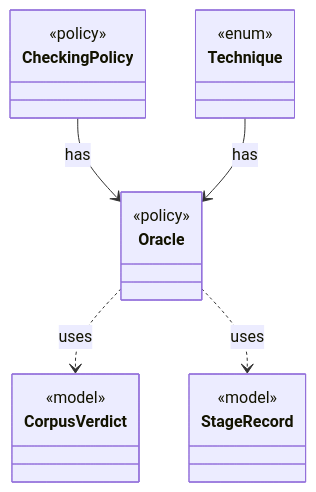
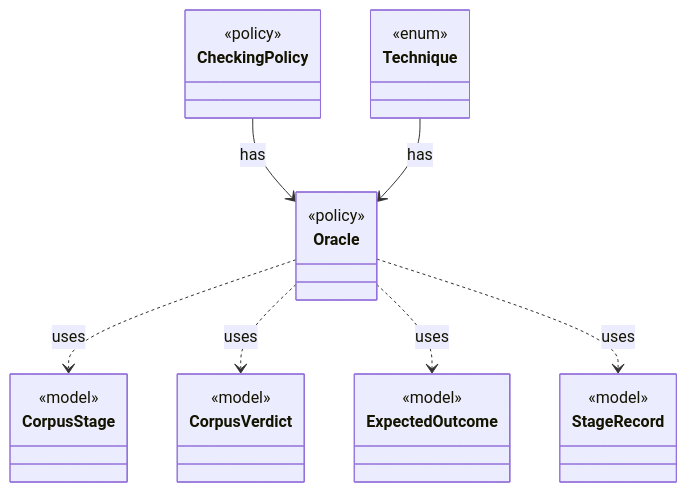
Before and after one commit to tlaplus/model-checker-hardening: the diagram in dev/types/io.github.tlaplus.hardening.corpus.Oracle.md, drawn with Mermaid. The commit also changed other lines of this file and 401 other files, not shown here.

````diff
--- a/dev/types/io.github.tlaplus.hardening.corpus.Oracle.md
+++ b/dev/types/io.github.tlaplus.hardening.corpus.Oracle.md
@@ -9,22 +9,30 @@
 ```mermaid
 classDiagram
   class Oracle {
     <<policy>>
   }
   class CheckingPolicy {
     <<policy>>
   }
   class Technique {
     <<enum>>
   }
+  class CorpusStage {
+    <<model>>
+  }
   class CorpusVerdict {
+    <<model>>
+  }
+  class ExpectedOutcome {
     <<model>>
   }
   class StageRecord {
     <<model>>
   }
   CheckingPolicy --> Oracle : has
   Technique --> Oracle : has
+  Oracle ..> CorpusStage : uses
   Oracle ..> CorpusVerdict : uses
+  Oracle ..> ExpectedOutcome : uses
   Oracle ..> StageRecord : uses
 ```
````
